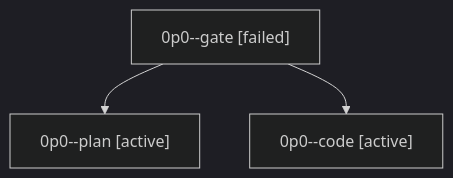
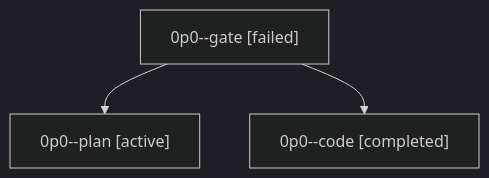
One commit to sase-org/sase--agents changed the diagram in families/bbugyi200.athena.0p0.md. Above: the diagram before and after it, drawn with Mermaid (dark theme). The commit also changed other lines of this file and 35830 other files, not shown here.

````diff
--- a/families/bbugyi200.athena.0p0.md
+++ b/families/bbugyi200.athena.0p0.md
@@ -9,8 +9,8 @@
 ```mermaid
 flowchart TD
   n0["0p0--gate [failed]"]
   n1["0p0--plan [active]"]
   n0 --> n1
-  n2["0p0--code [active]"]
+  n2["0p0--code [completed]"]
   n0 --> n2
 ```
````
